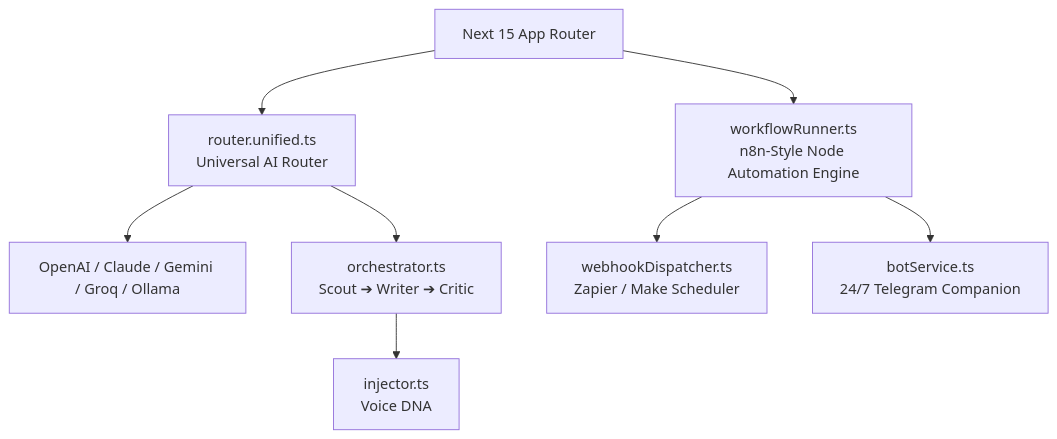
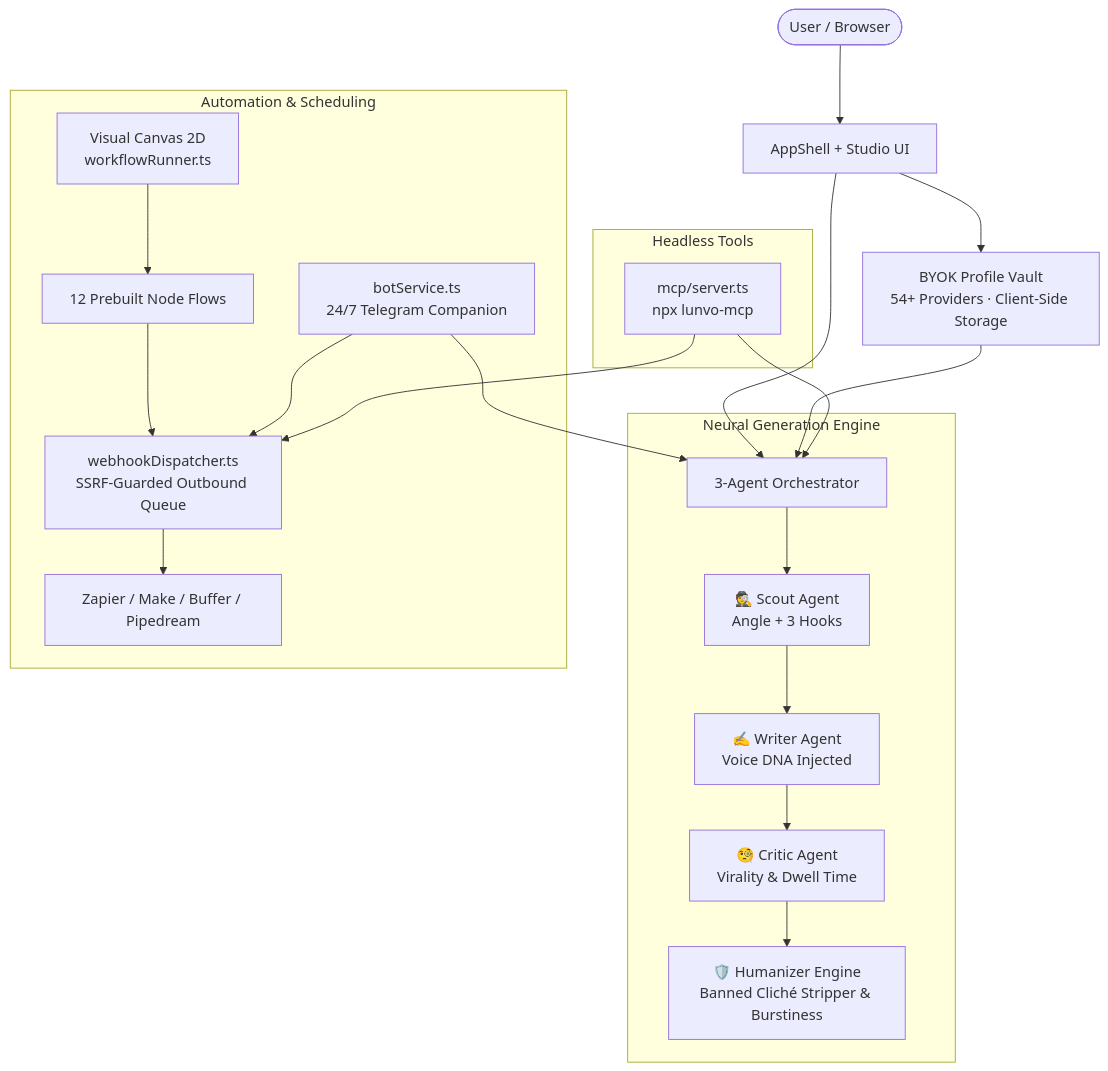
The diagram in README.md (the-pi-lab/Lunvo), drawn with Mermaid before and after one commit. The commit also changed other lines of this file and 5 other files, not shown here.

````diff
--- a/README.md
+++ b/README.md
@@ -286,10 +149,28 @@
 ```mermaid
 graph TD
-  UI[Next 15 App Router] --> Router[router.unified.ts<br/>Universal AI Router]
-  Router --> Providers[OpenAI / Claude / Gemini / Groq / Ollama]
-  Router --> Agents[orchestrator.ts<br/>Scout ➔ Writer ➔ Critic]
-  Agents --> DNA[injector.ts<br/>Voice DNA]
-  UI --> Engine[workflowRunner.ts<br/>n8n-Style Node Automation Engine]
-  Engine --> Webhook[webhookDispatcher.ts<br/>Zapier / Make Scheduler]
-  Engine --> Telegram[botService.ts<br/>24/7 Telegram Companion]
+  User([User / Browser]) --> Shell[AppShell + Studio UI]
+  Shell --> Vault[BYOK Profile Vault<br/>54+ Providers · Client-Side Storage]
+  
+  subgraph "Neural Generation Engine"
+    Orchestrator[3-Agent Orchestrator] --> Scout[🕵️ Scout Agent<br/>Angle + 3 Hooks]
+    Scout --> Writer[✍️ Writer Agent<br/>Voice DNA Injected]
+    Writer --> Critic[🧐 Critic Agent<br/>Virality & Dwell Time]
+    Critic --> Humanizer[🛡️ Humanizer Engine<br/>Banned Cliché Stripper & Burstiness]
+  end
+
+  Shell --> Orchestrator
+  Vault --> Orchestrator
+  
+  subgraph "Automation & Scheduling"
+    Workflow[Visual Canvas 2D<br/>workflowRunner.ts] --> Nodes[12 Prebuilt Node Flows]
+    Nodes --> Dispatcher[webhookDispatcher.ts<br/>SSRF-Guarded Outbound Queue]
+    Dispatcher --> Outbound[Zapier / Make / Buffer / Pipedream]
+    TelegramBot[botService.ts<br/>24/7 Telegram Companion] --> Orchestrator
+    TelegramBot --> Dispatcher
+  end
+
+  subgraph "Headless Tools"
+    MCPServer[mcp/server.ts<br/>npx lunvo-mcp] --> Orchestrator
+    MCPServer --> Dispatcher
+  end
 ```
````
